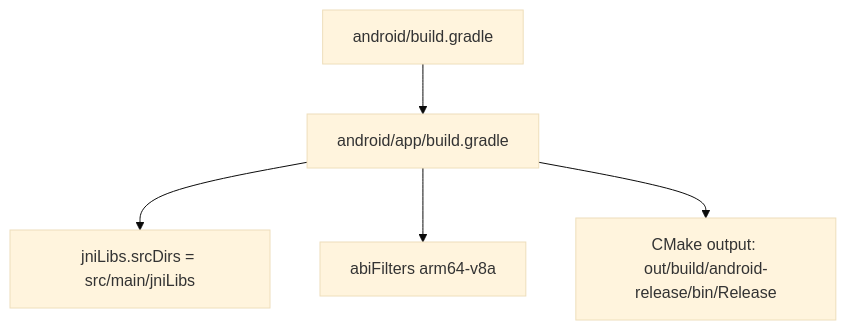
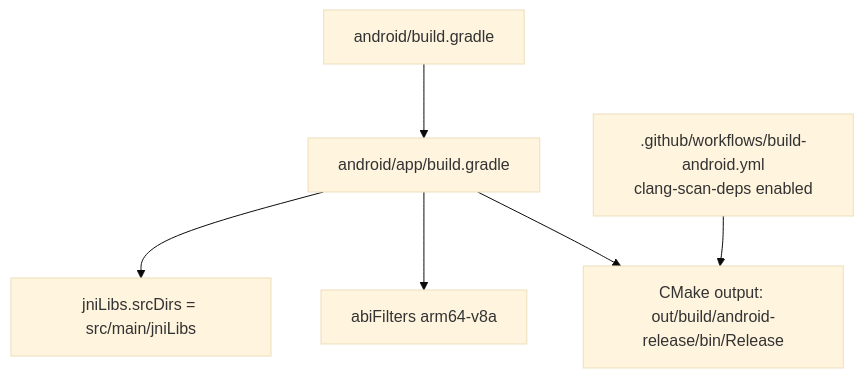
Before and after one commit to hsmbanlance/HsBaSlicer: diagram 17 of 18 in .qoder/repowiki/en/content/Getting Started/Multi-Platform Build System.md, drawn with Mermaid (base theme). The commit also changed other lines of this file and 19 other files, not shown here.

````diff
--- a/.qoder/repowiki/en/content/Getting Started/Multi-Platform Build System.md
+++ b/.qoder/repowiki/en/content/Getting Started/Multi-Platform Build System.md
@@ -499,7 +606,8 @@
 ```mermaid
 graph TB
 Gradle["android/build.gradle"] --> AppGradle["android/app/build.gradle"]
 AppGradle --> JNILibs["jniLibs.srcDirs = src/main/jniLibs"]
 AppGradle --> ABIs["abiFilters arm64-v8a"]
 AppGradle --> CMakeOut["CMake output: out/build/android-release/bin/Release"]
+AndroidCI[".github/workflows/build-android.yml<br/>clang-scan-deps enabled"] --> CMakeOut
 ```
````
